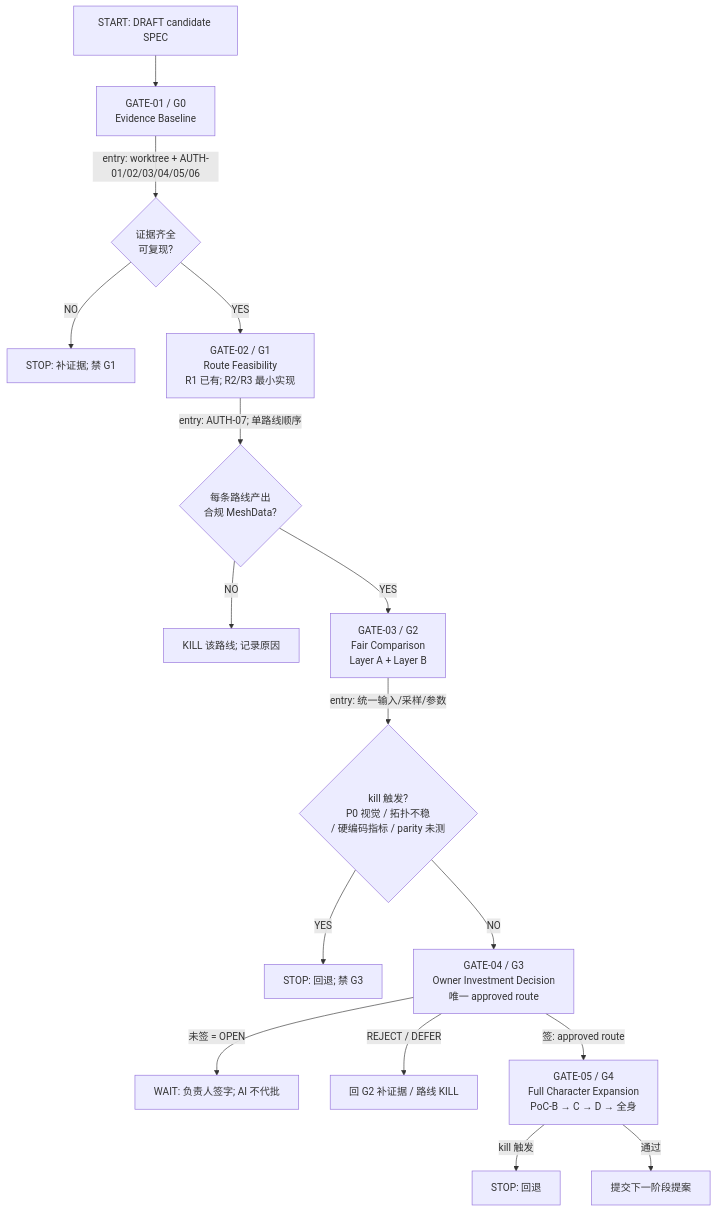
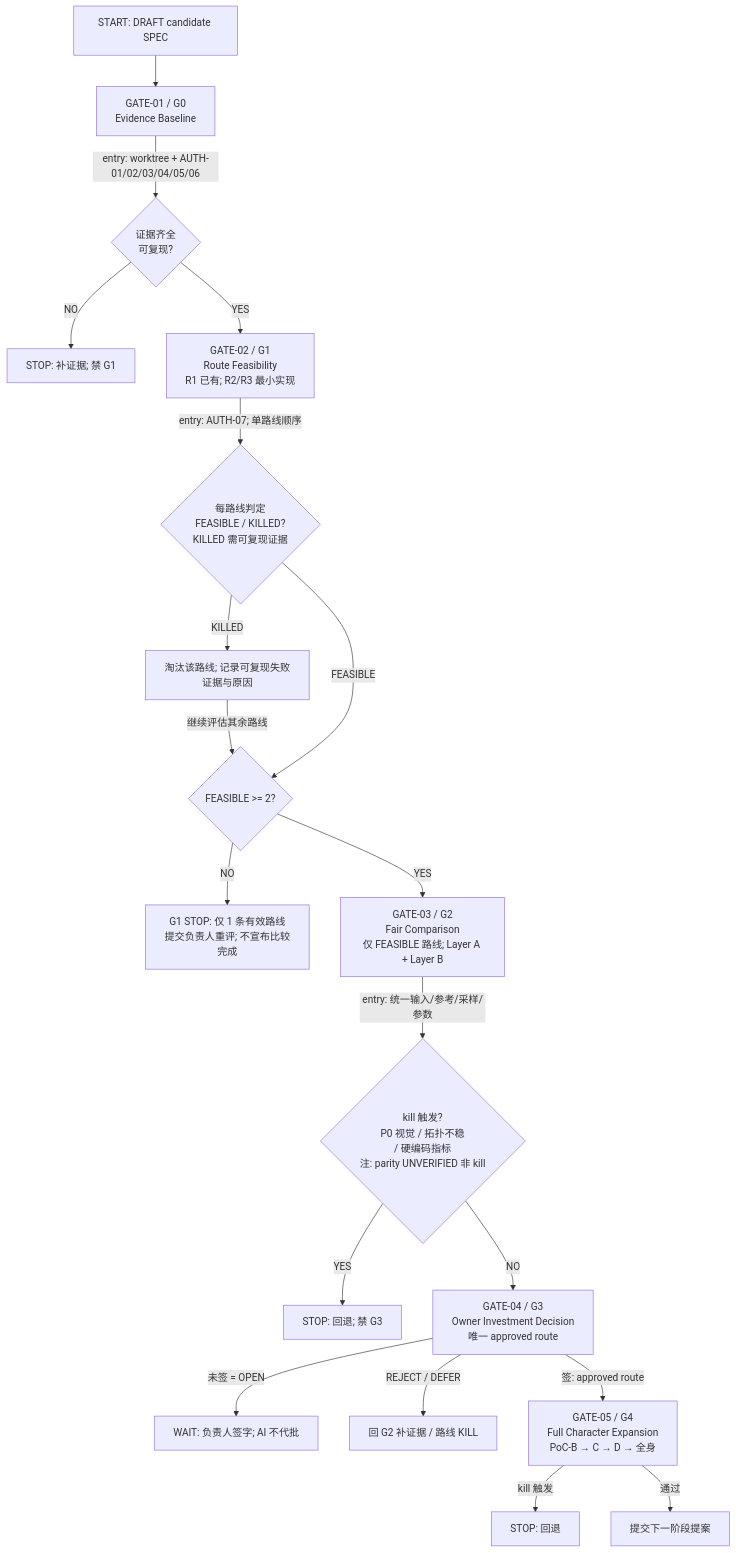
One commit to Vin535LFJ/ProceduralAvatarEngine changed the diagram in docs/phases/anatomy-driven-geometry-poc/00-implementation-spec.md. Above: the diagram before and after it, drawn with Mermaid. The commit also changed other lines of this file and 1 other file, not shown here.

Commit message:
docs: finalize SPEC v2.1 consistency and gate corrections

````diff
--- a/docs/phases/anatomy-driven-geometry-poc/00-implementation-spec.md
+++ b/docs/phases/anatomy-driven-geometry-poc/00-implementation-spec.md
@@ -163,18 +170,21 @@
 ```mermaid
 flowchart TD
     S[START: DRAFT candidate SPEC] --> G0["GATE-01 / G0<br/>Evidence Baseline"]
     G0 -->|entry: worktree + AUTH-01/02/03/04/05/06| G0E{证据齐全<br/>可复现?}
     G0E -->|NO| STOP0[STOP: 补证据; 禁 G1]
     G0E -->|YES| G1["GATE-02 / G1<br/>Route Feasibility<br/>R1 已有; R2/R3 最小实现"]
-    G1 -->|entry: AUTH-07; 单路线顺序| G1E{每条路线产出<br/>合规 MeshData?}
-    G1E -->|NO| KILL1[KILL 该路线; 记录原因]
-    G1E -->|YES| G2["GATE-03 / G2<br/>Fair Comparison<br/>Layer A + Layer B"]
-    G2 -->|entry: 统一输入/采样/参数| G2E{kill 触发?<br/>P0 视觉 / 拓扑不稳<br/>/ 硬编码指标 / parity 未测}
+    G1 -->|entry: AUTH-07; 单路线顺序| G1E{每路线判定<br/>FEASIBLE / KILLED?<br/>KILLED 需可复现证据}
+    G1E -->|KILLED| KILL1[淘汰该路线; 记录可复现失败证据与原因]
+    KILL1 -->|继续评估其余路线| G1C{FEASIBLE >= 2?}
+    G1E -->|FEASIBLE| G1C{FEASIBLE >= 2?}
+    G1C -->|NO| STOP1[G1 STOP: 仅 1 条有效路线<br/>提交负责人重评; 不宣布比较完成]
+    G1C -->|YES| G2["GATE-03 / G2<br/>Fair Comparison<br/>仅 FEASIBLE 路线; Layer A + Layer B"]
+    G2 -->|entry: 统一输入/参考/采样/参数| G2E{kill 触发?<br/>P0 视觉 / 拓扑不稳<br/>/ 硬编码指标<br/>注: parity UNVERIFIED 非 kill}
     G2E -->|YES| STOP2[STOP: 回退; 禁 G3]
     G2E -->|NO| G3["GATE-04 / G3<br/>Owner Investment Decision<br/>唯一 approved route"]
     G3 -->|未签 = OPEN| WAIT[WAIT: 负责人签字; AI 不代批]
     G3 -->|REJECT / DEFER| BACK[回 G2 补证据 / 路线 KILL]
     G3 -->|签: approved route| G4["GATE-05 / G4<br/>Full Character Expansion<br/>PoC-B → C → D → 全身"]
     G4 -->|kill 触发| STOP4[STOP: 回退]
     G4 -->|通过| NEXT[提交下一阶段提案]
 ```
````
